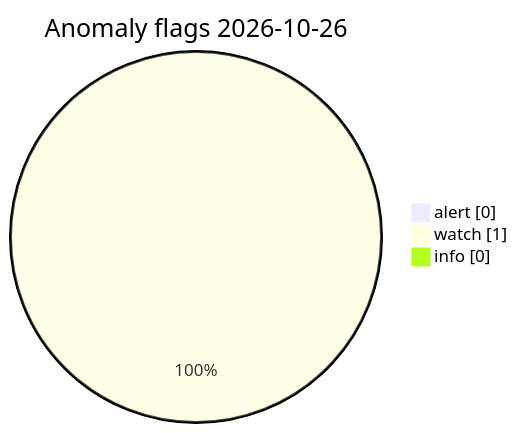
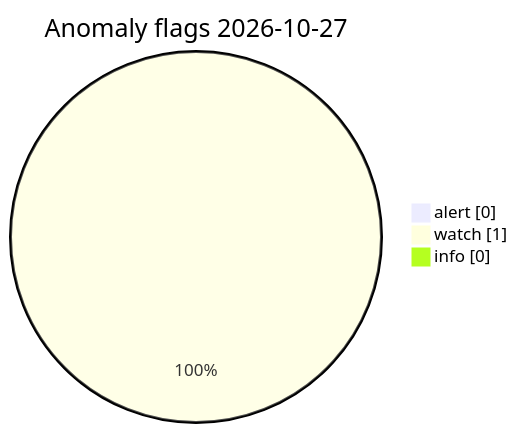
One commit to Midwest-Stratospheric/Unified-Open-Global-Weather changed the diagram in visuals/latest/CHARTS.md. Above: the diagram before and after it, drawn with Mermaid. The commit also changed other lines of this file and 23 other files, not shown here.

Commit message:
data(visuals): automated charts 2026-10-27T10:09Z

````diff
--- a/visuals/latest/CHARTS.md
+++ b/visuals/latest/CHARTS.md
@@ -73,7 +73,7 @@
 ```mermaid
 pie showData
-  title Anomaly flags 2026-10-26
+  title Anomaly flags 2026-10-27
   "alert" : 0
   "watch" : 1
   "info" : 0
 ```
````
